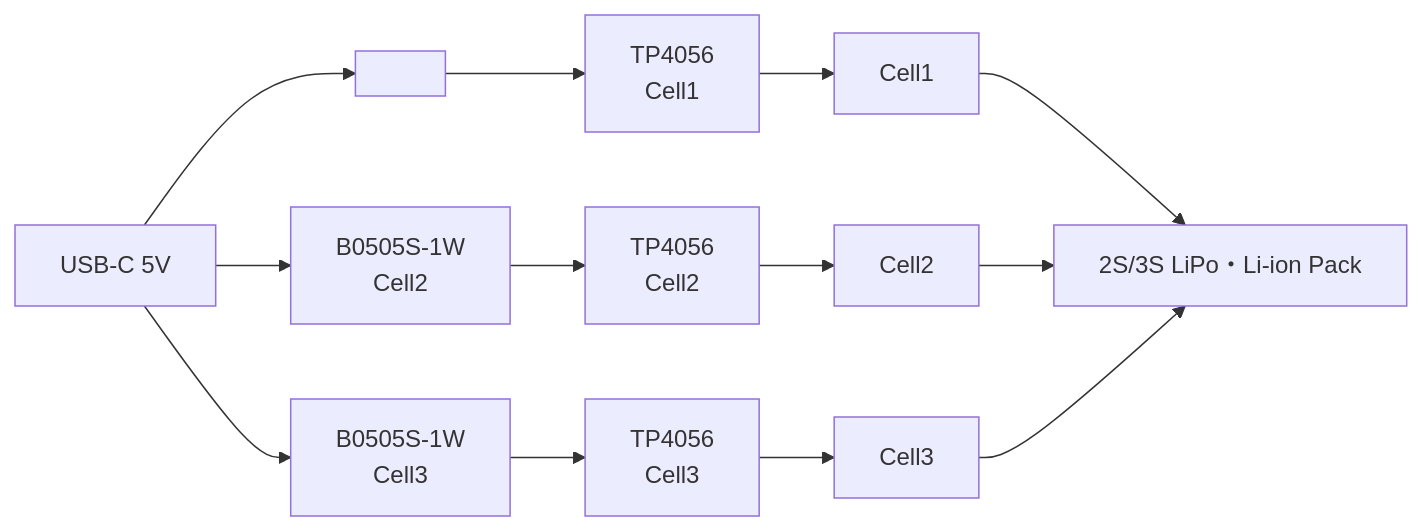
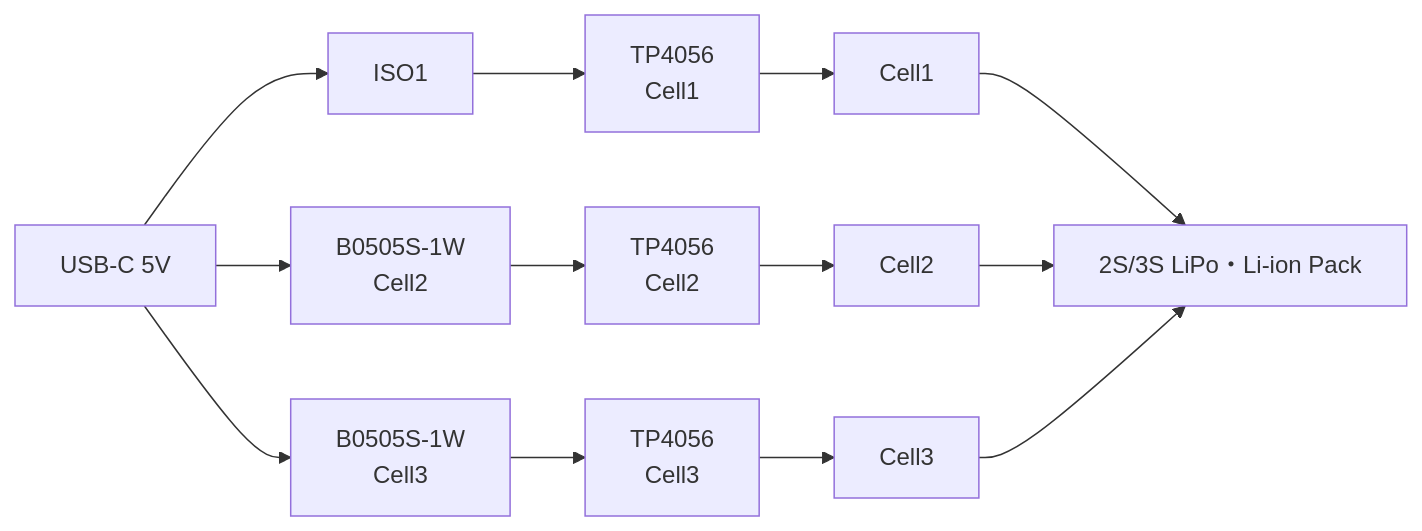
One commit to taguko/tp4056-multicell-charger changed the diagram in README.md. Above: the diagram before and after it, drawn with Mermaid.

Commit message:
Fix flowchart syntax in README.md

````diff
--- a/README.md
+++ b/README.md
@@ -37,21 +37,21 @@
 ```mermaid
 flowchart LR
 
 USB["USB-C 5V"]
 
-USB --> ISO1[" "]
+USB --> ISO1
 USB --> ISO2["B0505S-1W<br/>Cell2"]
 USB --> ISO3["B0505S-1W<br/>Cell3"]
 
 ISO1 --> TP1["TP4056<br/>Cell1"]
 ISO2 --> TP2["TP4056<br/>Cell2"]
 ISO3 --> TP3["TP4056<br/>Cell3"]
 
 TP1 --> C1["Cell1"]
 TP2 --> C2["Cell2"]
 TP3 --> C3["Cell3"]
 
 C1 --> PACK["2S/3S LiPo・Li-ion Pack"]
 C2 --> PACK
 C3 --> PACK
 ```
````
